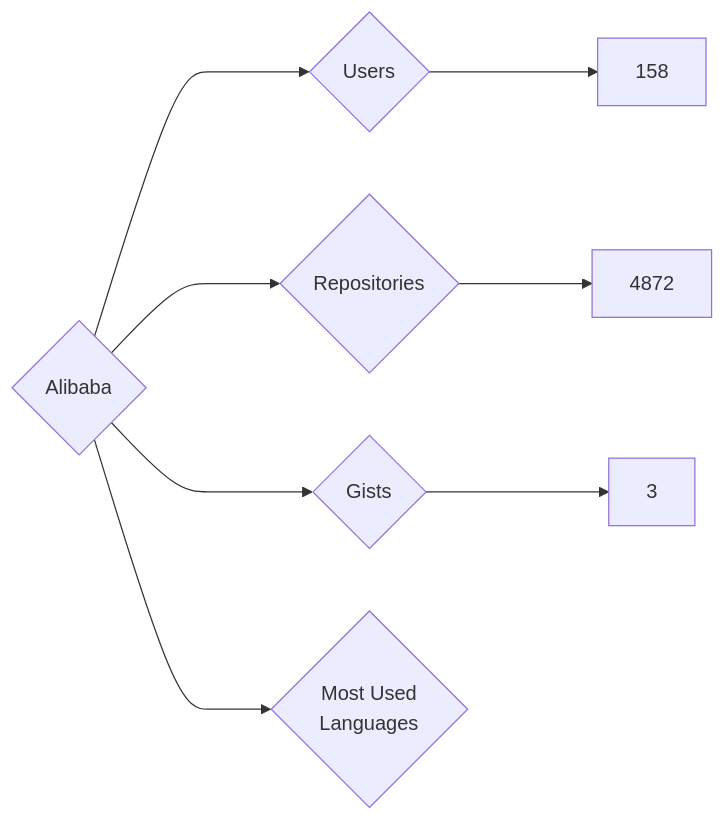
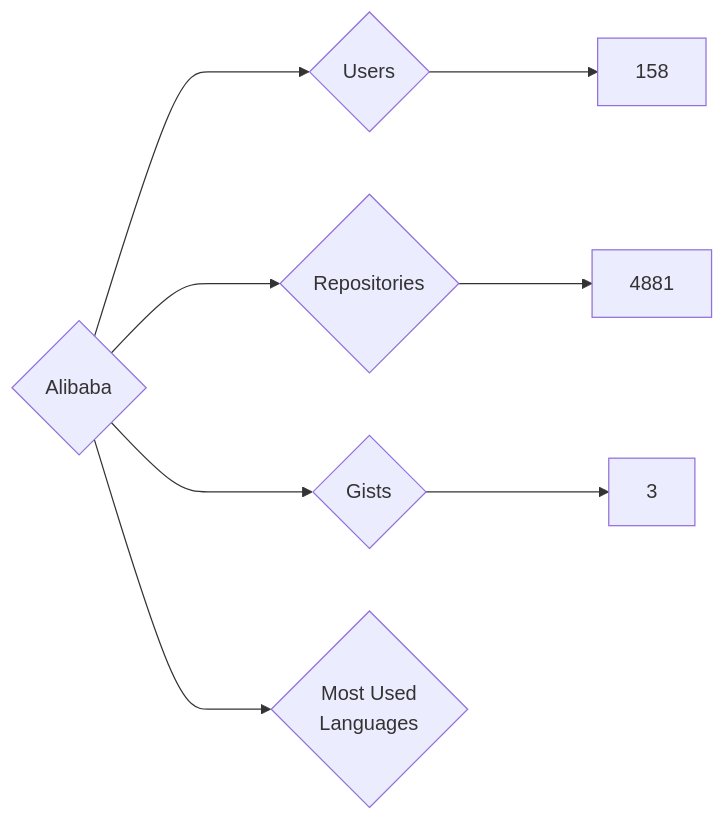
The diagram in targets/Alibaba/README.md (nenadzaric/insiders), drawn with Mermaid before and after one commit. The commit also changed 53 other files, not shown here.

````diff
--- a/targets/Alibaba/README.md
+++ b/targets/Alibaba/README.md
@@ -3,8 +3,8 @@
 ```mermaid
 graph LR
 COMPANY_NAME{Alibaba}
 COMPANY_NAME ---> U{Users} ---> UN[158]
-COMPANY_NAME ---> R{Repositories} ---> RN[4872]
+COMPANY_NAME ---> R{Repositories} ---> RN[4881]
 COMPANY_NAME ---> G{Gists} ---> GN[3]
 COMPANY_NAME ---> ML{Most Used<br>Languages}
 ```
````
